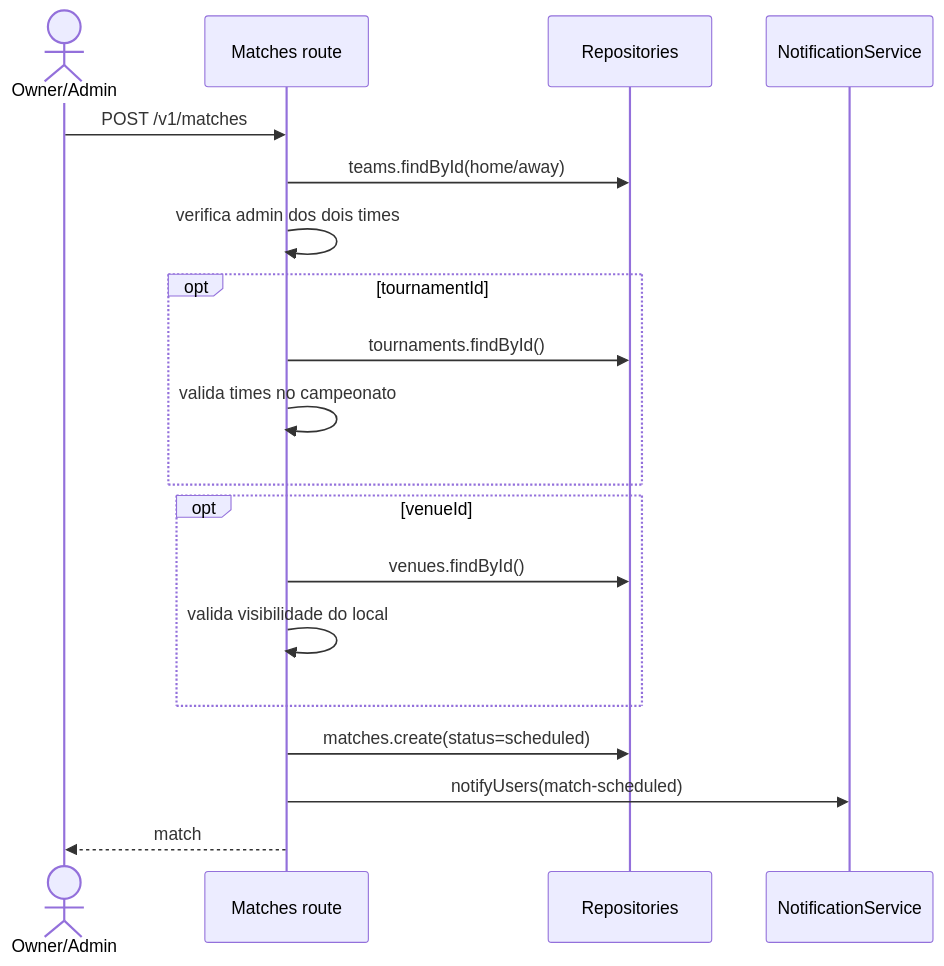
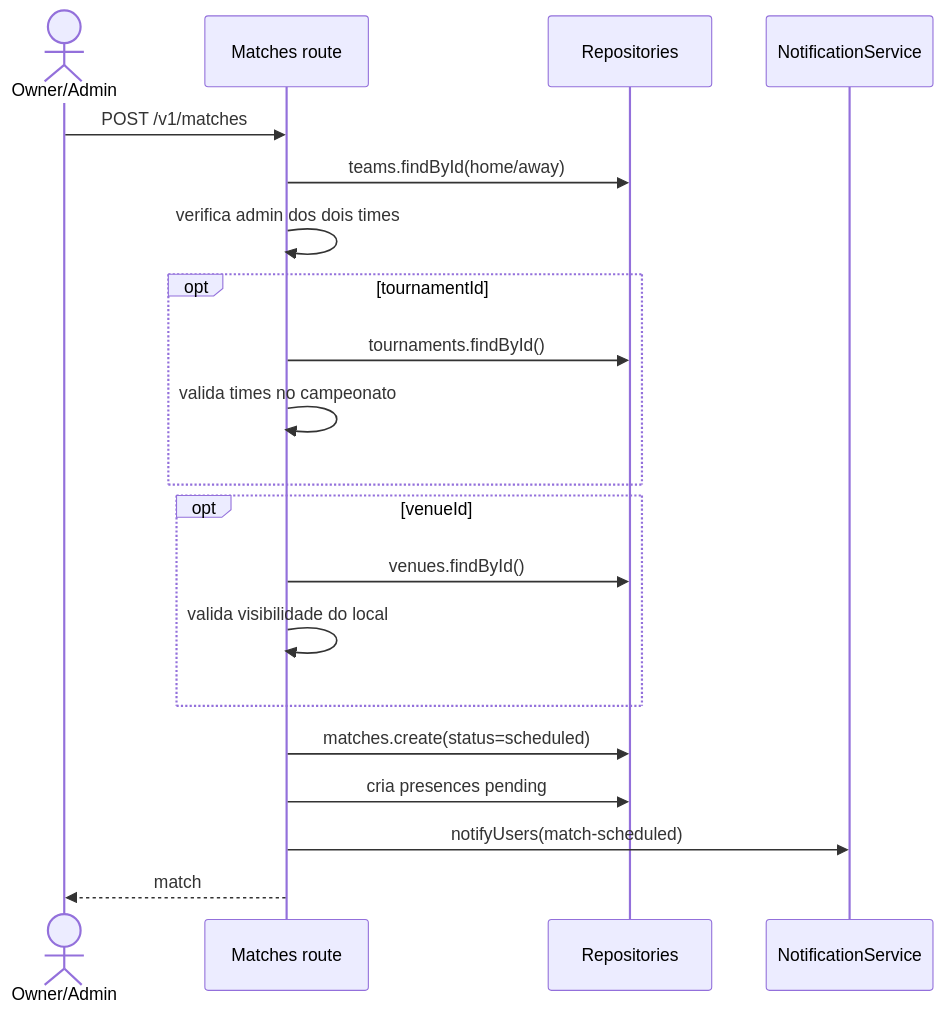
The sixth of 13 diagrams in docs/backend/domain-flows.md (nalbcosta/soccer_stats), drawn with Mermaid before and after one commit. The commit also changed other lines of this file and 29 other files, not shown here.

````diff
--- a/docs/backend/domain-flows.md
+++ b/docs/backend/domain-flows.md
@@ -105,22 +136,23 @@
 ```mermaid
 sequenceDiagram
   actor Admin as Owner/Admin
   participant API as Matches route
   participant Repo as Repositories
   participant Notif as NotificationService
 
   Admin->>API: POST /v1/matches
   API->>Repo: teams.findById(home/away)
   API->>API: verifica admin dos dois times
   opt tournamentId
     API->>Repo: tournaments.findById()
     API->>API: valida times no campeonato
   end
   opt venueId
     API->>Repo: venues.findById()
     API->>API: valida visibilidade do local
   end
   API->>Repo: matches.create(status=scheduled)
+  API->>Repo: cria presences pending
   API->>Notif: notifyUsers(match-scheduled)
   API-->>Admin: match
 ```
````
